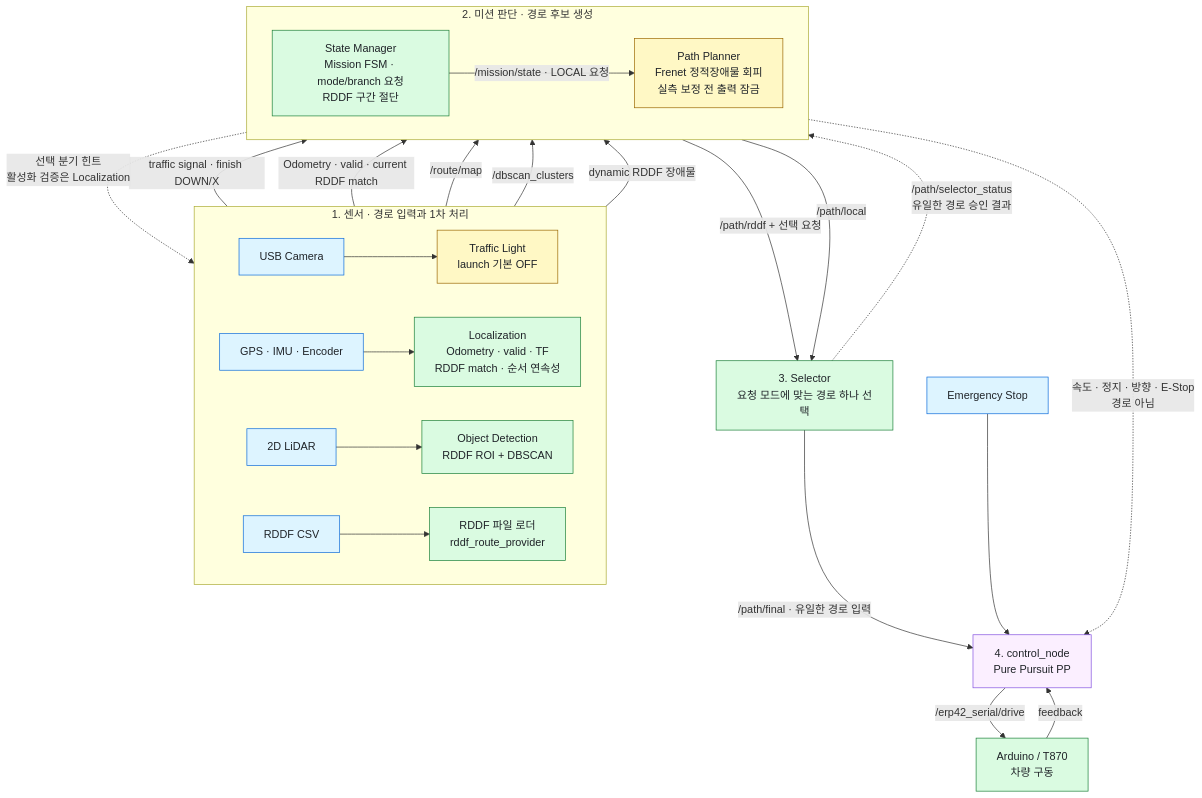
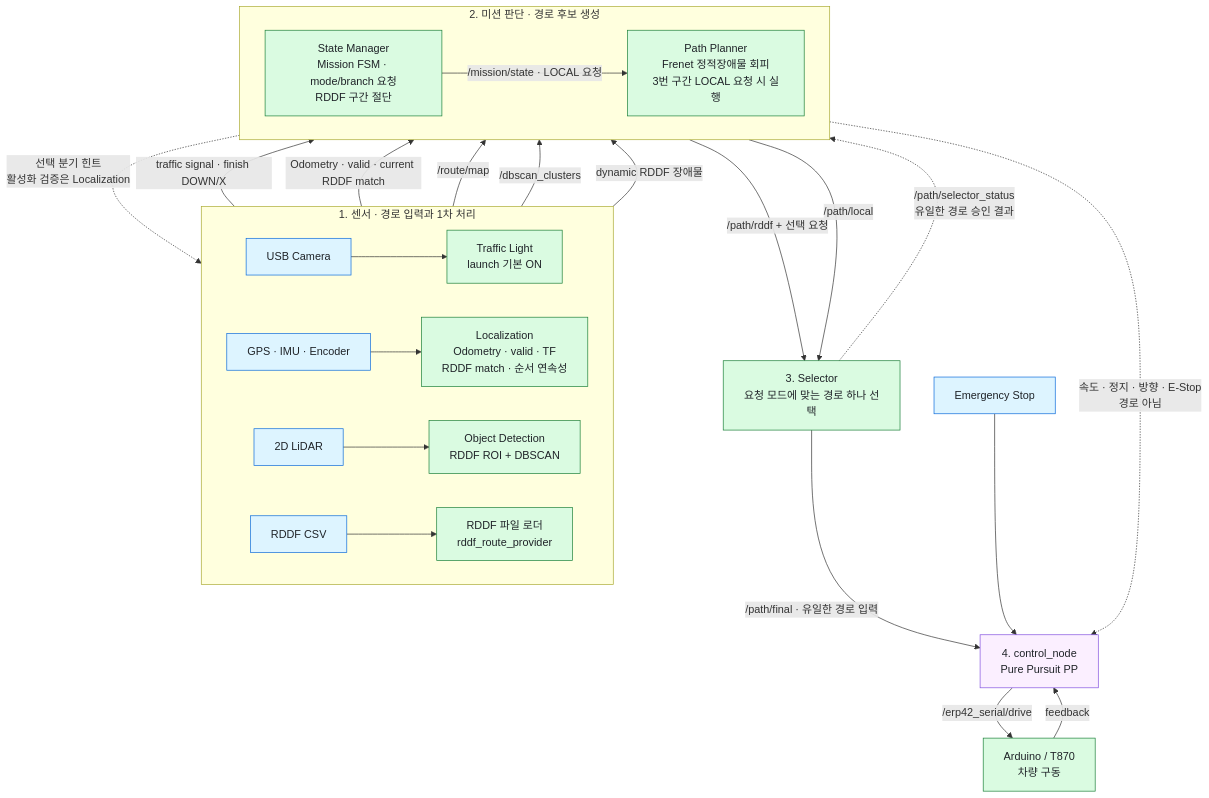
One commit to Team-Stier/HL-FMA-1-5-2026 changed the diagram in docs/architecture.md. Above: the diagram before and after it, drawn with Mermaid. The commit also changed other lines of this file and 129 other files, not shown here.

````diff
--- a/docs/architecture.md
+++ b/docs/architecture.md
@@ -22,45 +22,45 @@
 ```mermaid
 flowchart TB
     classDef sensor fill:#ddf4ff,stroke:#0969da,color:#1f2328
     classDef active fill:#dafbe1,stroke:#1a7f37,color:#1f2328
     classDef gated fill:#fff8c5,stroke:#9a6700,color:#1f2328
     classDef control fill:#fbefff,stroke:#8250df,color:#1f2328
 
     subgraph INPUT[1. 센서 · 경로 입력과 1차 처리]
         direction LR
-        CAMERA[USB Camera]:::sensor --> TL[Traffic Light<br/>launch 기본 OFF]:::gated
+        CAMERA[USB Camera]:::sensor --> TL[Traffic Light<br/>launch 기본 ON]:::active
         MOTION[GPS · IMU · Encoder]:::sensor --> LOC[Localization<br/>Odometry · valid · TF<br/>RDDF match · 순서 연속성]:::active
         LIDAR[2D LiDAR]:::sensor --> OD[Object Detection<br/>RDDF ROI + DBSCAN]:::active
         FILES[RDDF CSV]:::sensor --> LOADER[RDDF 파일 로더<br/>rddf_route_provider]:::active
     end
 
     subgraph PLAN[2. 미션 판단 · 경로 후보 생성]
         direction LR
         SM[State Manager<br/>Mission FSM · mode/branch 요청<br/>RDDF 구간 절단]:::active
-        LP[Path Planner<br/>Frenet 정적장애물 회피<br/>실측 보정 전 출력 잠금]:::gated
+        LP[Path Planner<br/>Frenet 정적장애물 회피<br/>3번 구간 LOCAL 요청 시 실행]:::active
     end
 
     SEL[3. Selector<br/>요청 모드에 맞는 경로 하나 선택]:::active
     PP[4. control_node<br/>Pure Pursuit PP]:::control
     ESTOP[Emergency Stop]:::sensor
     CAR[Arduino / T870<br/>차량 구동]:::active
 
     TL -->|traffic signal · finish DOWN/X| SM
     LOC -->|Odometry · valid · current RDDF match| SM
     SM -.->|선택 분기 힌트<br/>활성화 검증은 Localization| LOC
     LOADER -->|/route/map| SM
 
     OD -->|/dbscan_clusters| LP
     OD -->|dynamic RDDF 장애물| SM
     SM -->|/mission/state · LOCAL 요청| LP
 
     SM -->|/path/rddf + 선택 요청| SEL
     LP -->|/path/local| SEL
     SEL -.->|/path/selector_status<br/>유일한 경로 승인 결과| SM
 
     SEL -->|/path/final · 유일한 경로 입력| PP
     SM -.->|속도 · 정지 · 방향 · E-Stop<br/>경로 아님| PP
     ESTOP --> PP
     CAR -->|feedback| PP
     PP -->|/erp42_serial/drive| CAR
 ```
````
